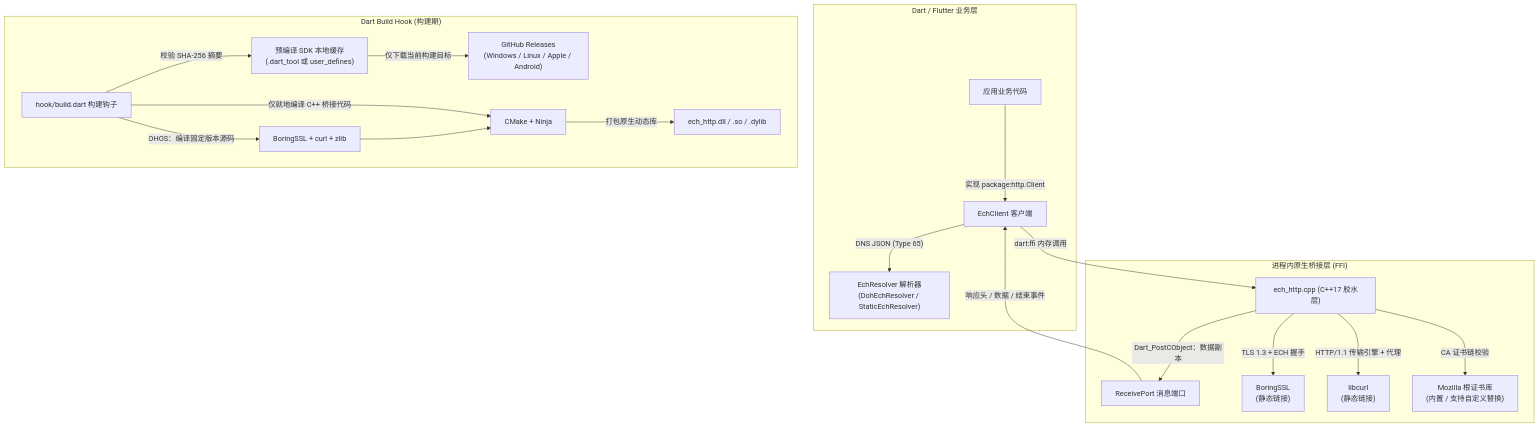
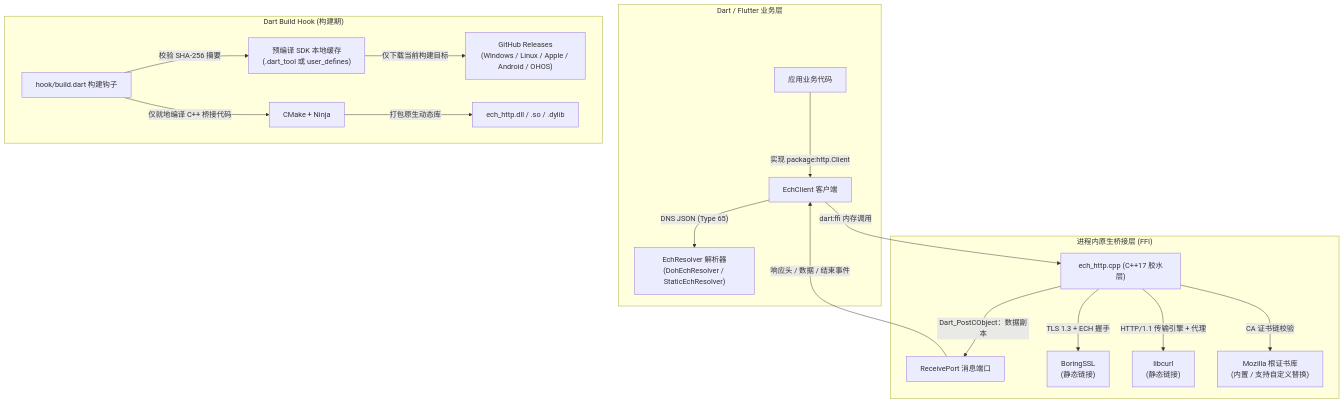
One commit to ech-research/ech_http changed the diagram in README.zh-CN.md. Above: the diagram before and after it, drawn with Mermaid. The commit also changed other lines of this file and 16 other files, not shown here.

````diff
--- a/README.zh-CN.md
+++ b/README.zh-CN.md
@@ -22,25 +22,23 @@
 ```mermaid
 flowchart TD
     subgraph DartApp["Dart / Flutter 业务层"]
         Consumer["应用业务代码"] -->|"实现 package:http.Client"| EchClient["EchClient 客户端"]
         EchClient -->|"DNS JSON (Type 65)"| Resolver["EchResolver 解析器\n(DohEchResolver / StaticEchResolver)"]
     end
 
     subgraph NativeBridge["进程内原生桥接层 (FFI)"]
         EchClient -->|"dart:ffi 内存调用"| Bridge["ech_http.cpp (C++17 胶水层)"]
         Bridge -->|"Dart_PostCObject：数据副本"| Events["ReceivePort 消息端口"]
         Events -->|"响应头 / 数据 / 结束事件"| EchClient
         Bridge -->|"TLS 1.3 + ECH 握手"| BoringSSL["BoringSSL\n(静态链接)"]
         Bridge -->|"HTTP/1.1 传输引擎 + 代理"| Libcurl["libcurl\n(静态链接)"]
         Bridge -->|"CA 证书链校验"| MozRoots["Mozilla 根证书库\n(内置 / 支持自定义替换)"]
     end
 
     subgraph BuildSystem["Dart Build Hook (构建期)"]
         Hook["hook/build.dart 构建钩子"] -->|"校验 SHA-256 摘要"| SDKCache["预编译 SDK 本地缓存\n(.dart_tool 或 user_defines)"]
-        SDKCache -->|"仅下载当前构建目标"| PrebuiltRepo["GitHub Releases\n(Windows / Linux / Apple / Android)"]
+        SDKCache -->|"仅下载当前构建目标"| PrebuiltRepo["GitHub Releases\n(Windows / Linux / Apple / Android / OHOS)"]
         Hook -->|"仅就地编译 C++ 桥接代码"| CMakeNinja["CMake + Ninja"]
-        Hook -->|"OHOS：编译固定版本源码"| OhosSources["BoringSSL + curl + zlib"]
-        OhosSources --> CMakeNinja
         CMakeNinja -->|"打包原生动态库"| OutputLib["ech_http.dll / .so / .dylib"]
     end
 ```
````
